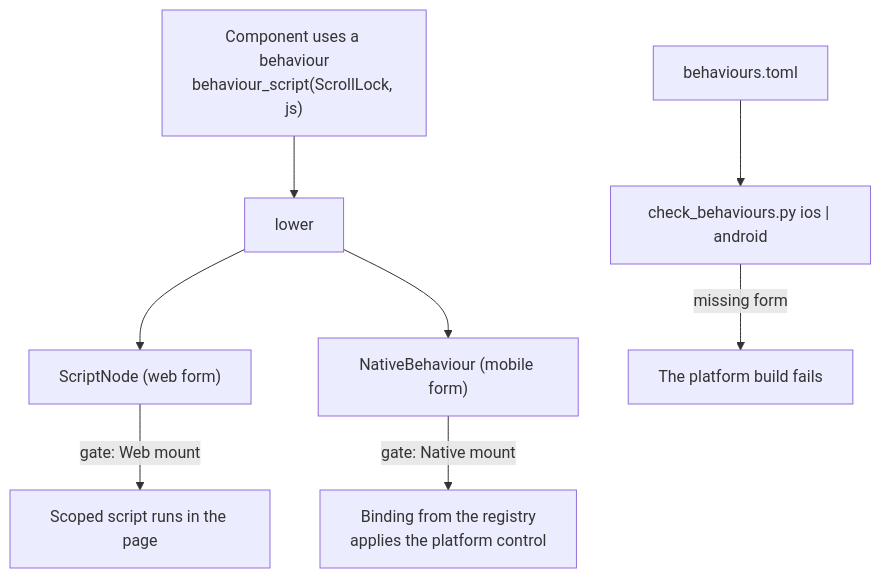
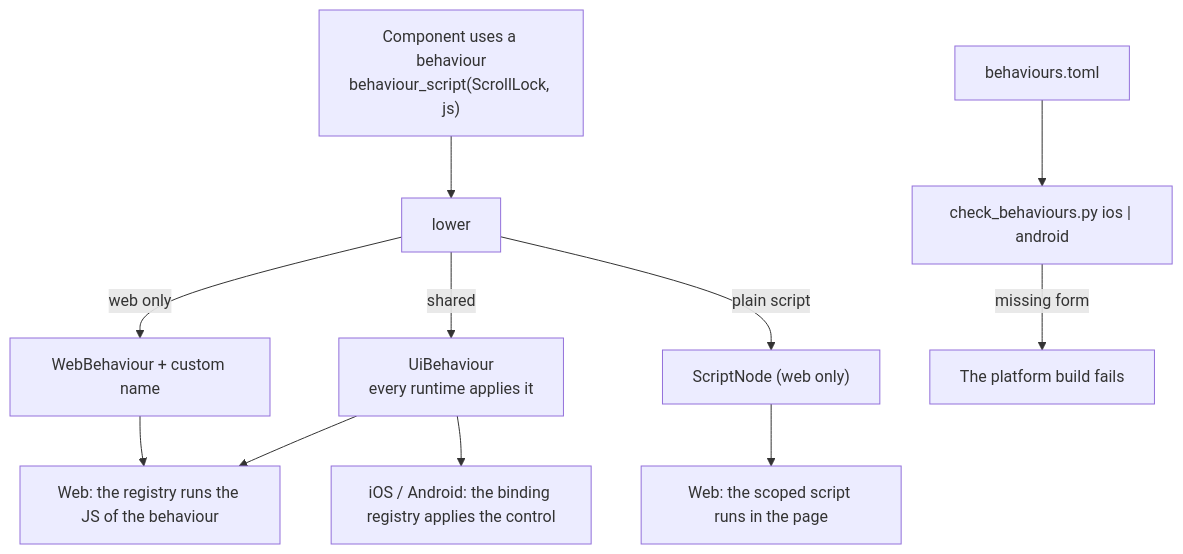
Before and after one commit to ewe-studios/ewe_platform: the diagram in specifications/69-foundation-ui-v2/features/16-behaviour-matrix/feature.md, drawn with Mermaid. The commit also changed other lines of this file and 21 other files, not shown here.

````diff
--- a/specifications/69-foundation-ui-v2/features/16-behaviour-matrix/feature.md
+++ b/specifications/69-foundation-ui-v2/features/16-behaviour-matrix/feature.md
@@ -215,10 +240,13 @@
 ```mermaid
 flowchart TD
     C["Component uses a behaviour<br/>behaviour_script(ScrollLock, js)"] --> L["lower"]
-    L --> SN["ScriptNode (web form)"]
-    L --> NB["NativeBehaviour (mobile form)"]
-    SN -->|"gate: Web mount"| WEB["Scoped script runs in the page"]
-    NB -->|"gate: Native mount"| NAT["Binding from the registry<br/>applies the platform control"]
+    L -->|"shared"| UI["UiBehaviour<br/>every runtime applies it"]
+    L -->|"web only"| WB["WebBehaviour + custom name"]
+    L -->|"plain script"| SN["ScriptNode (web only)"]
+    UI --> W1["Web: the registry runs the JS of the behaviour"]
+    UI --> N1["iOS / Android: the binding registry applies the control"]
+    WB --> W1
+    SN --> W2["Web: the scoped script runs in the page"]
     M["behaviours.toml"] --> CHK["check_behaviours.py ios | android"]
     CHK -->|"missing form"| FAIL["The platform build fails"]
 ```
````
